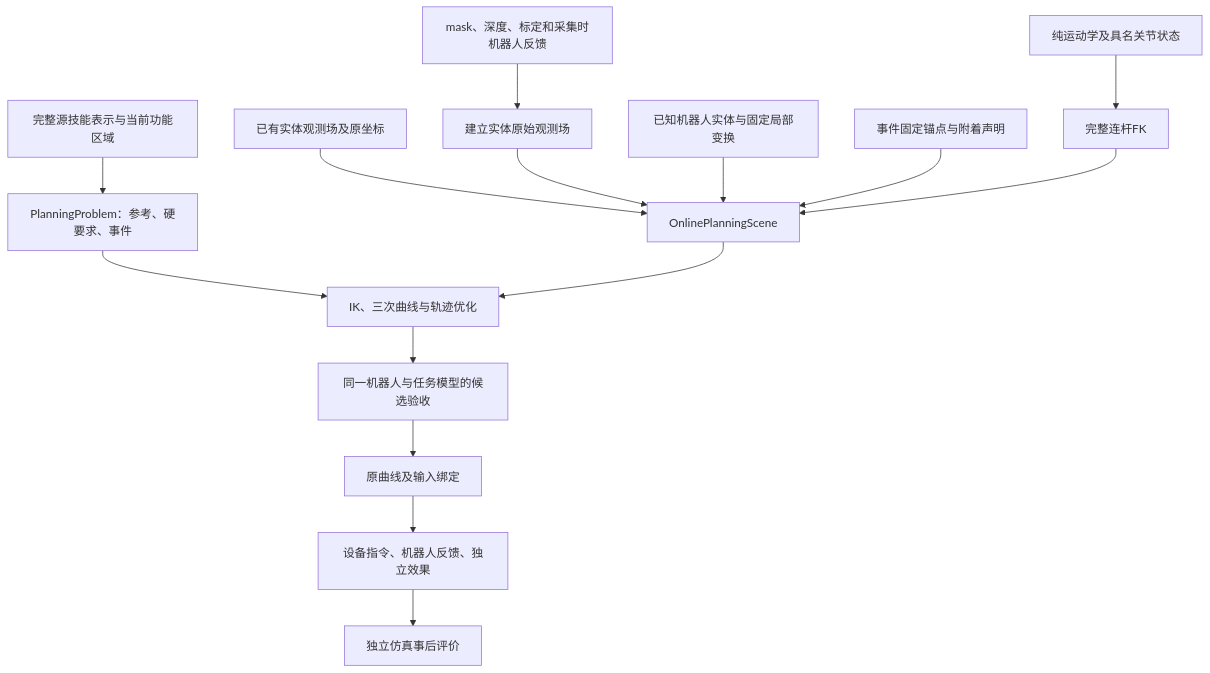
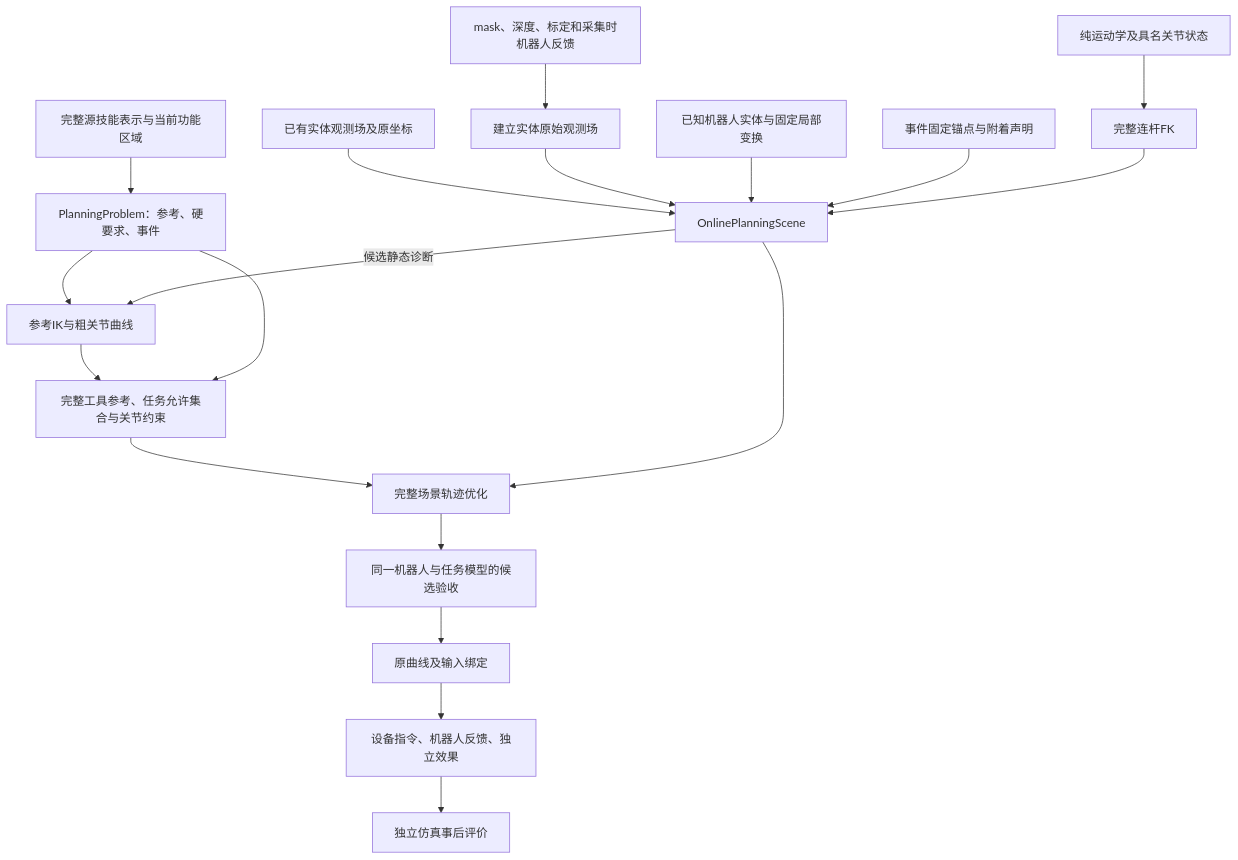
The diagram in PLANNER_ARCHITECTURE.md (illusionaryshelter/FUNCTO_public), drawn with Mermaid before and after one commit. The commit also changed other lines of this file and 79 other files, not shown here.

````diff
--- a/PLANNER_ARCHITECTURE.md
+++ b/PLANNER_ARCHITECTURE.md
@@ -20,17 +20,21 @@
 ```mermaid
 flowchart TD
  S[完整源技能表示与当前功能区域] --> P[PlanningProblem：参考、硬要求、事件]
  D[mask、深度、标定和采集时机器人反馈] --> M[建立实体原始观测场]
  G[已有实体观测场及原坐标] --> C[OnlinePlanningScene]
  M --> C
  K[纯运动学及具名关节状态] --> F[完整连杆FK]
  N[已知机器人实体与固定局部变换] --> C
  A[事件固定锚点与附着声明] --> C
  F --> C
- P --> O[IK、三次曲线与轨迹优化]
+ P --> I[参考IK与粗关节曲线]
+ C -->|候选静态诊断| I
+ I --> K0[完整工具参考、任务允许集合与关节约束]
+ P --> K0
+ K0 --> O[完整场景轨迹优化]
  C --> O
  O --> V[同一机器人与任务模型的候选验收]
  V --> B[原曲线及输入绑定]
  B --> E[设备指令、机器人反馈、独立效果]
  E --> R[独立仿真事后评价]
 ```
````
